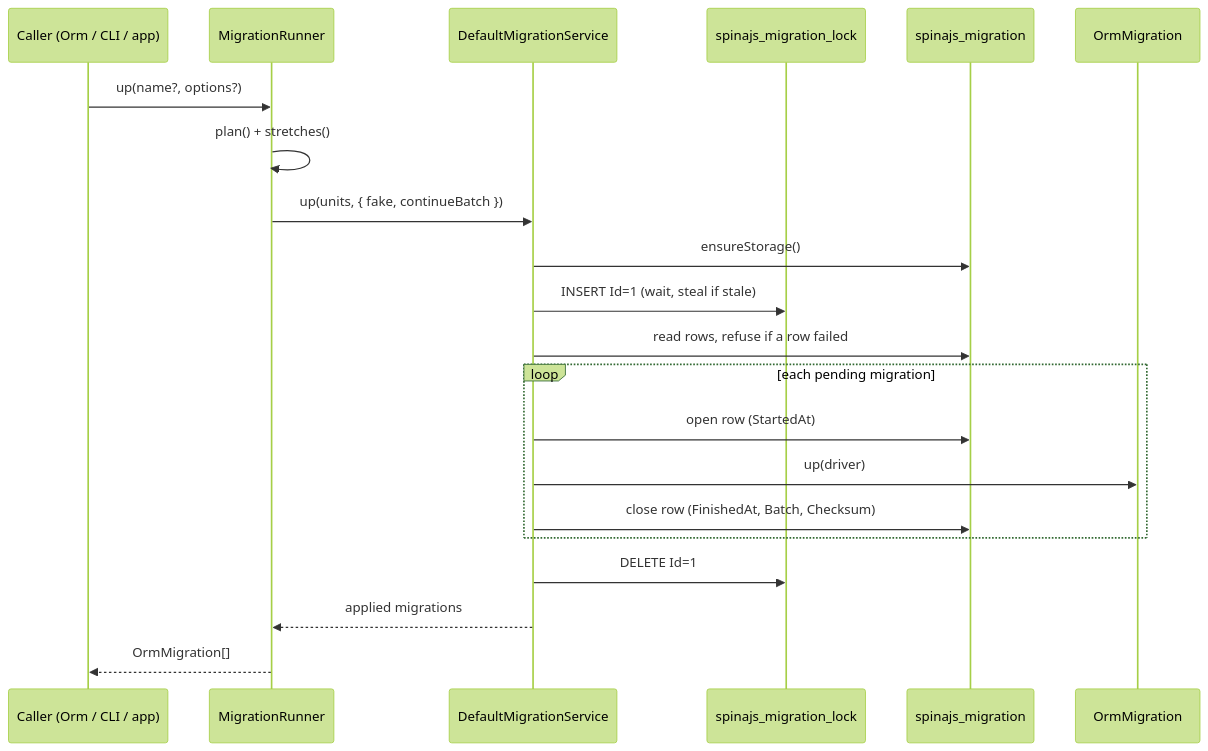
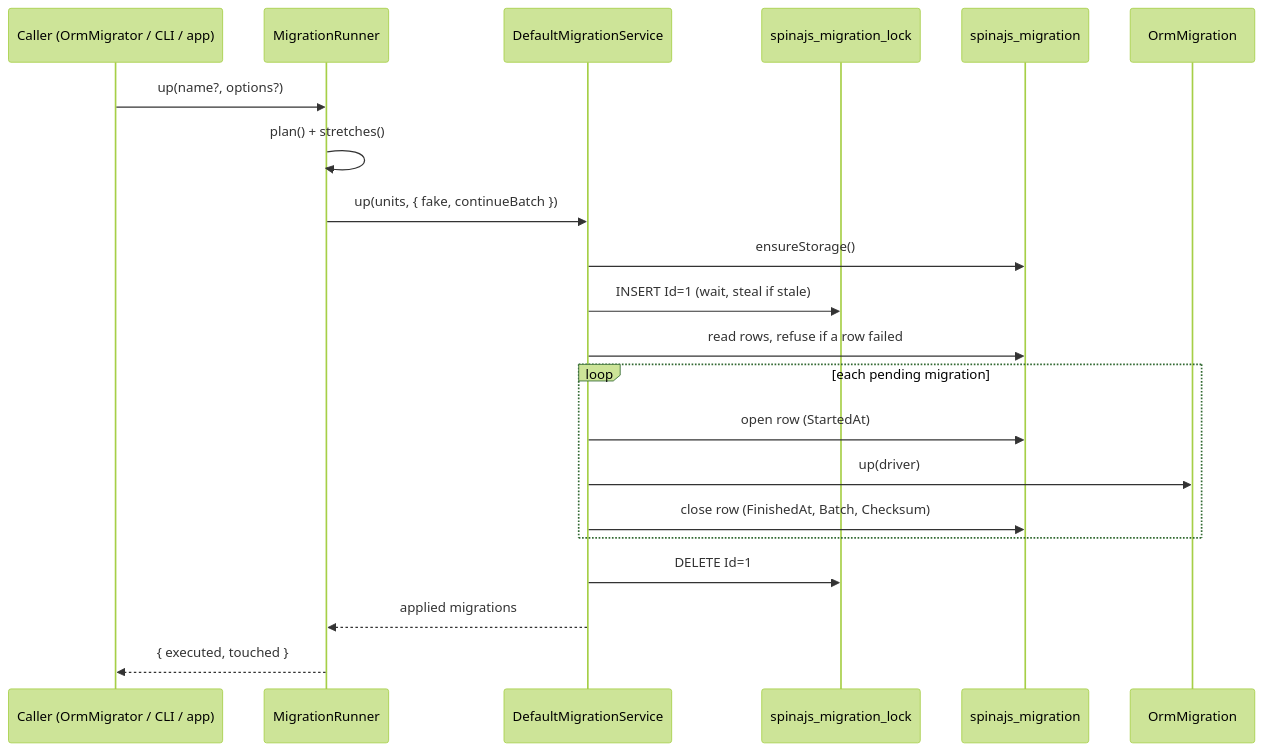
The second of 2 diagrams in docs/orm/10-migrations.md (spinajs/main), drawn with Mermaid (forest theme) before and after one commit. The commit also changed other lines of this file and 20 other files, not shown here.

Commit message:
docs(orm,orm-cli,configuration-db-source): OrmMigrator, the CLI migrator and the sync after it

````diff
--- a/docs/orm/10-migrations.md
+++ b/docs/orm/10-migrations.md
@@ -50,23 +86,23 @@
 ```mermaid
 sequenceDiagram
-  participant C as Caller (Orm / CLI / app)
+  participant C as Caller (OrmMigrator / CLI / app)
   participant R as MigrationRunner
   participant S as DefaultMigrationService
   participant L as spinajs_migration_lock
   participant T as spinajs_migration
   participant M as OrmMigration
   C->>R: up(name?, options?)
   R->>R: plan() + stretches()
   R->>S: up(units, { fake, continueBatch })
   S->>T: ensureStorage()
   S->>L: INSERT Id=1 (wait, steal if stale)
   S->>T: read rows, refuse if a row failed
   loop each pending migration
     S->>T: open row (StartedAt)
     S->>M: up(driver)
     S->>T: close row (FinishedAt, Batch, Checksum)
   end
   S->>L: DELETE Id=1
   S-->>R: applied migrations
-  R-->>C: OrmMigration[]
+  R-->>C: { executed, touched }
 ```
````
